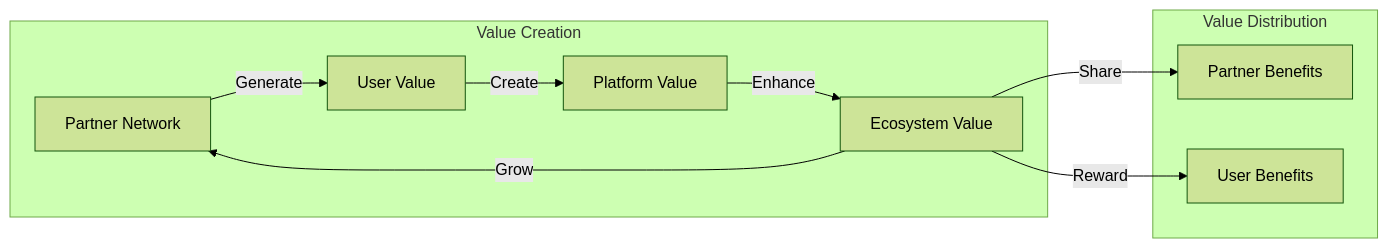
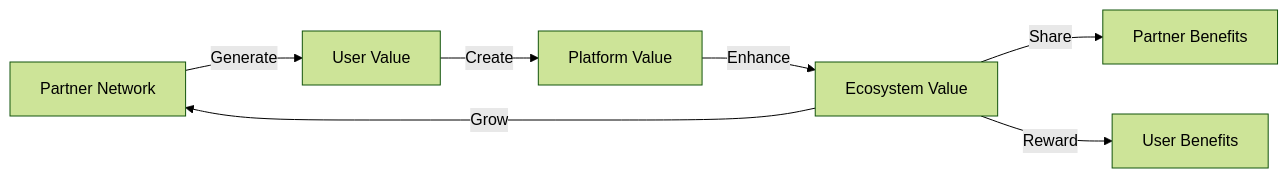
Diagram 13 of 18 in docs/whitepaper/community-ecosystem.md (MEMEFANS/memefans), drawn with Mermaid (forest theme) before and after one commit. The commit also changed other lines of this file, not shown here.

Commit message:
fix: simplify mermaid diagrams by removing subgraphs

````diff
--- a/docs/whitepaper/community-ecosystem.md
+++ b/docs/whitepaper/community-ecosystem.md
@@ -253,14 +225,10 @@
 ```mermaid
 graph LR
-    subgraph Value Creation
-        PN[Partner Network] -->|Generate| UV[User Value]
-        UV -->|Create| PV[Platform Value]
-        PV -->|Enhance| EV[Ecosystem Value]
-    end
+    PN[Partner Network] -->|Generate| UV[User Value]
+    UV -->|Create| PV[Platform Value]
+    PV -->|Enhance| EV[Ecosystem Value]
     
-    subgraph Value Distribution
-        EV -->|Share| PB[Partner Benefits]
-        EV -->|Reward| UB[User Benefits]
-        EV -->|Grow| PN
-    end
+    EV -->|Share| PB[Partner Benefits]
+    EV -->|Reward| UB[User Benefits]
+    EV -->|Grow| PN
 ```
````
